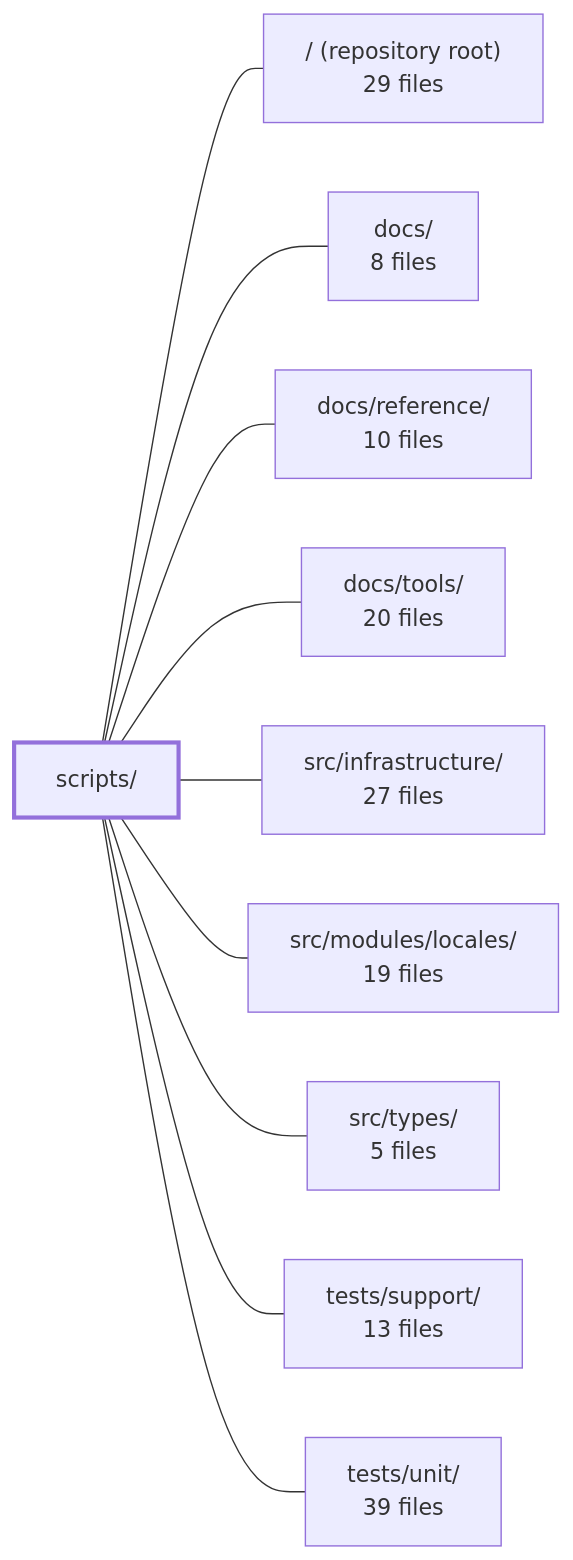
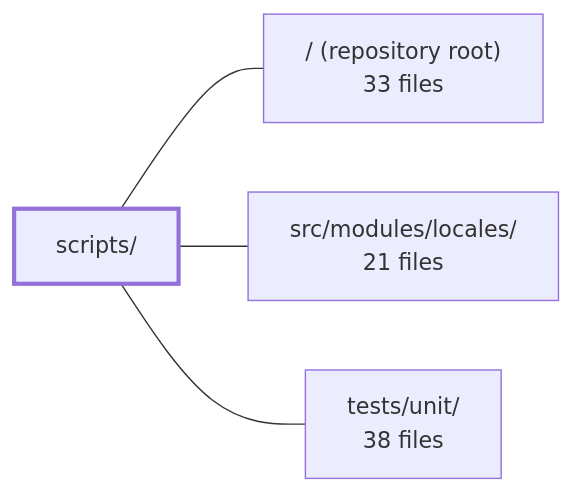
One commit to Guebbit/boilerplate-vue-frontend changed the diagram in .2repo/modules/boilerplate-vue-frontend_scripts.md. Above: the diagram before and after it, drawn with Mermaid. The commit also changed other lines of this file and 335 other files, not shown here.

````diff
--- a/.2repo/modules/boilerplate-vue-frontend_scripts.md
+++ b/.2repo/modules/boilerplate-vue-frontend_scripts.md
@@ -42,23 +38,11 @@
 ```mermaid
 flowchart LR
     m_scripts["scripts/"]
-    m_root["/ (repository root)<br/>29 files"]
-    m_docs["docs/<br/>8 files"]
-    m_docs_reference["docs/reference/<br/>10 files"]
-    m_docs_tools["docs/tools/<br/>20 files"]
-    m_src_infrastructure["src/infrastructure/<br/>27 files"]
-    m_src_modules_locales["src/modules/locales/<br/>19 files"]
-    m_src_types["src/types/<br/>5 files"]
-    m_tests_support["tests/support/<br/>13 files"]
-    m_tests_unit["tests/unit/<br/>39 files"]
+    m_root["/ (repository root)<br/>33 files"]
+    m_src_modules_locales["src/modules/locales/<br/>21 files"]
+    m_tests_unit["tests/unit/<br/>38 files"]
     m_scripts --- m_root
-    m_scripts --- m_docs
-    m_scripts --- m_docs_reference
-    m_scripts --- m_docs_tools
-    m_scripts --- m_src_infrastructure
     m_scripts --- m_src_modules_locales
-    m_scripts --- m_src_types
-    m_scripts --- m_tests_support
     m_scripts --- m_tests_unit
     style m_scripts stroke-width:3px
 ```
````
